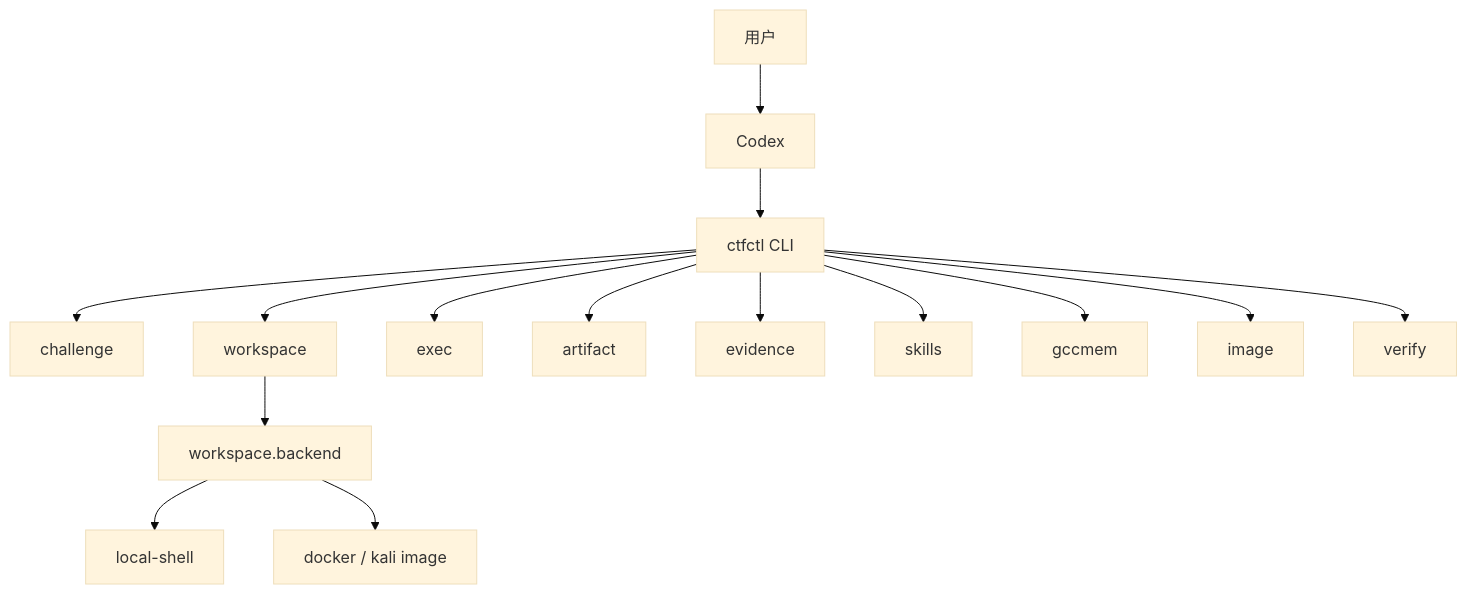
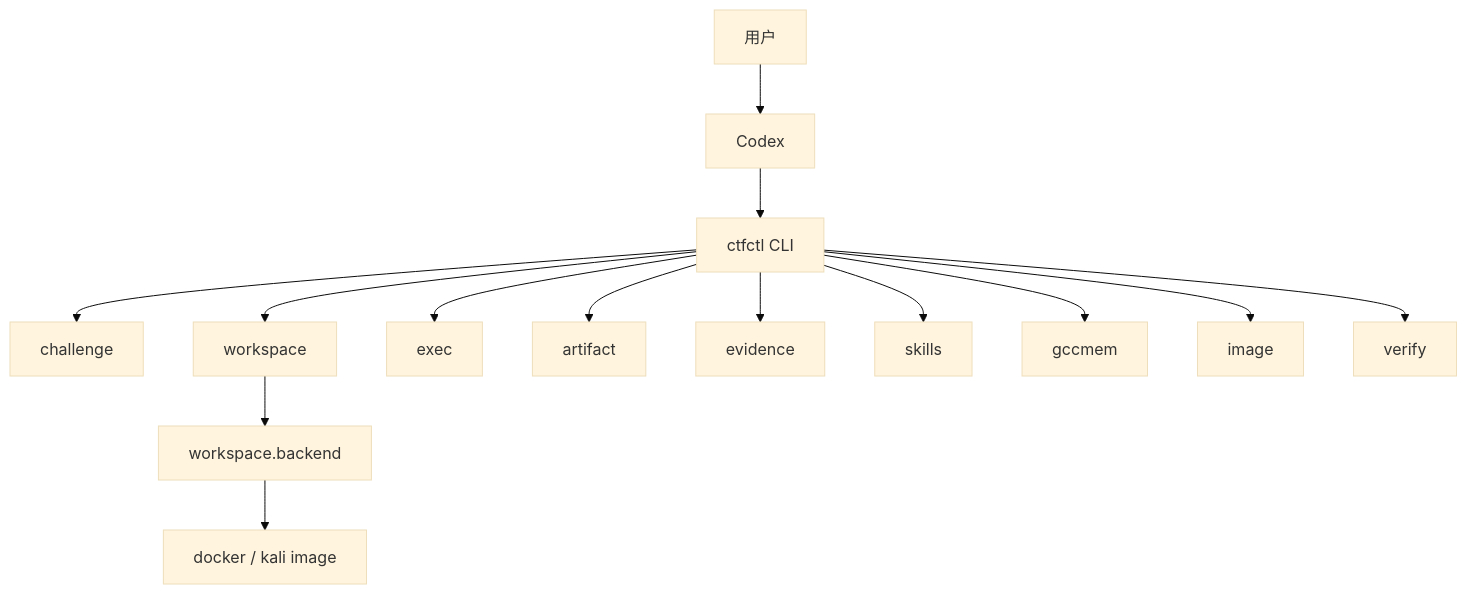
The first of 11 diagrams in docs/项目总览.md (ZUENS2020/ctfctl), drawn with Mermaid (base theme) before and after one commit. The commit also changed other lines of this file and 16 other files, not shown here.

````diff
--- a/docs/项目总览.md
+++ b/docs/项目总览.md
@@ -24,19 +24,18 @@
 ```mermaid
 flowchart TD
     U["用户"] --> C["Codex"]
     C --> CLI["ctfctl CLI"]
 
     CLI --> CH["challenge"]
     CLI --> WS["workspace"]
     CLI --> EX["exec"]
     CLI --> AR["artifact"]
     CLI --> EV["evidence"]
     CLI --> SK["skills"]
     CLI --> ME["gccmem"]
     CLI --> IM["image"]
     CLI --> VF["verify"]
 
     WS --> BK["workspace.backend"]
-    BK --> LS["local-shell"]
     BK --> DK["docker / kali image"]
 ```
````
